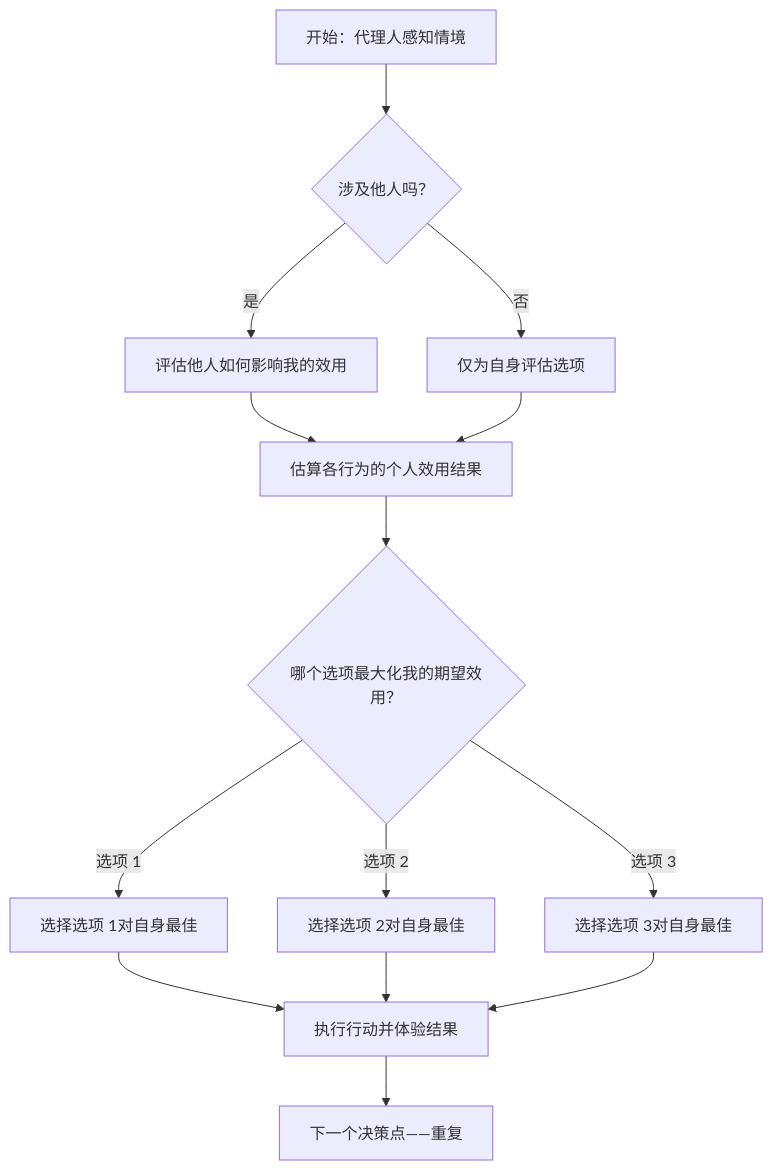
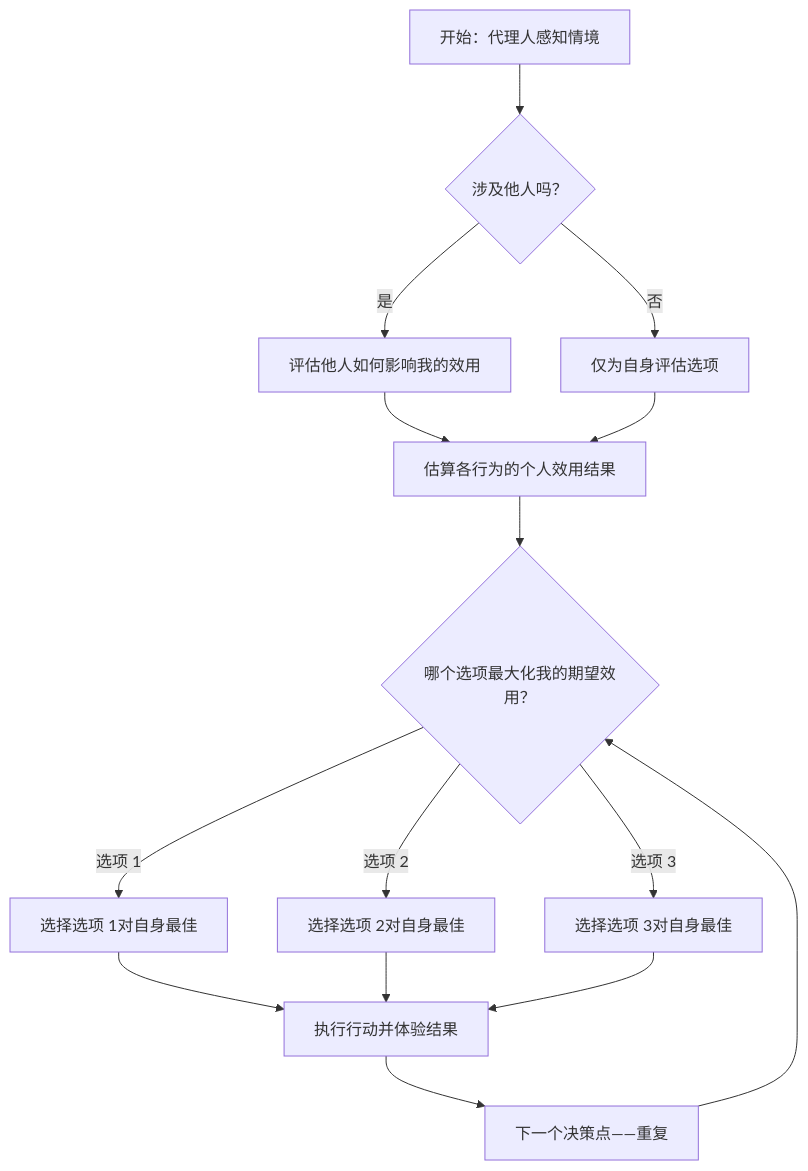
Before and after one commit to DavidHua04/philosophical-ravings: the diagram in The Structure and Implications of Individual Utilitarianism/个人效用主义：一种以理性为基础的自我导向道德认知模型.md, drawn with Mermaid.

````diff
--- a/The Structure and Implications of Individual Utilitarianism/个人效用主义：一种以理性为基础的自我导向道德认知模型.md
+++ b/The Structure and Implications of Individual Utilitarianism/个人效用主义：一种以理性为基础的自我导向道德认知模型.md
@@ -68,16 +68,17 @@
 ```mermaid
 flowchart TD
     A[开始：代理人感知情境] --> B{涉及他人吗？}
     B -->|否| C[仅为自身评估选项]
     B -->|是| D[评估他人如何影响我的效用]
     D --> E[估算各行为的个人效用结果]
     C --> E
     E --> F{哪个选项最大化我的期望效用？}
     F -->|选项 1| G[选择选项 1对自身最佳]
     F -->|选项 2| H[选择选项 2对自身最佳]
     F -->|选项 3| I[选择选项 3对自身最佳]
     G --> Z[执行行动并体验结果]
     H --> Z
     I --> Z
     Z --> A2[下一个决策点——重复]
+    A2 --> F
 ```
````
